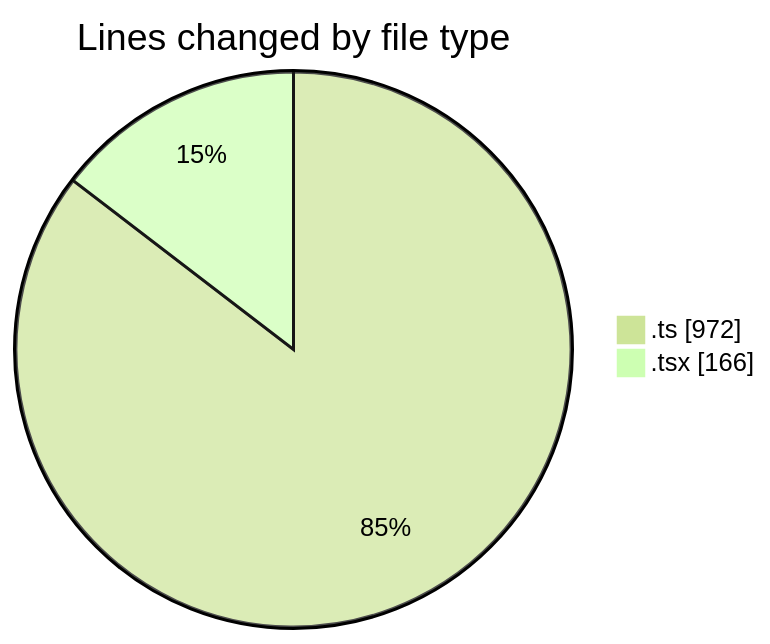
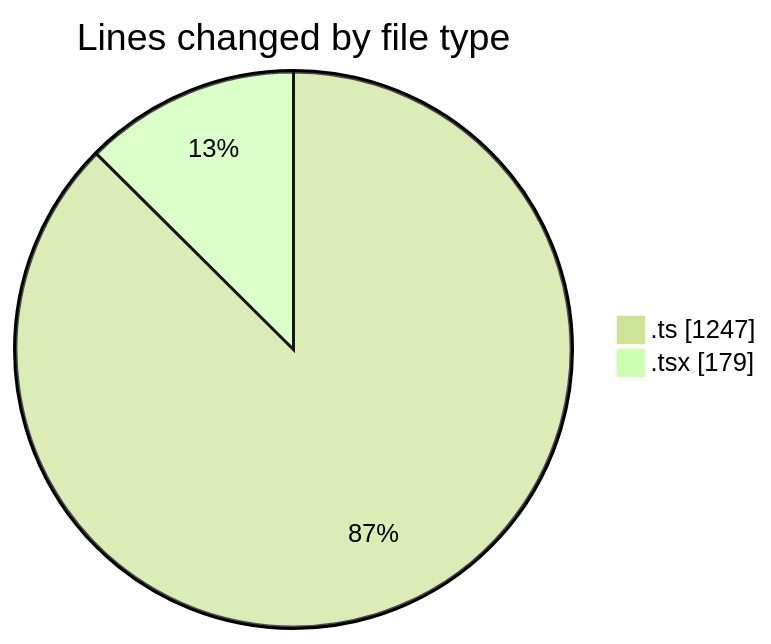
The first of 2 diagrams in 2025-06-22/archive/README.md (JenPaints/code-tracking), drawn with Mermaid (forest theme) before and after one commit. The commit also changed other lines of this file and 1 other file, not shown here.

````diff
--- a/2025-06-22/archive/README.md
+++ b/2025-06-22/archive/README.md
@@ -23,6 +24,6 @@
 ```mermaid
 pie showData
 title Lines changed by file type
-".ts" : 972
-".tsx" : 166
+".ts" : 1247
+".tsx" : 179
 ```
````
